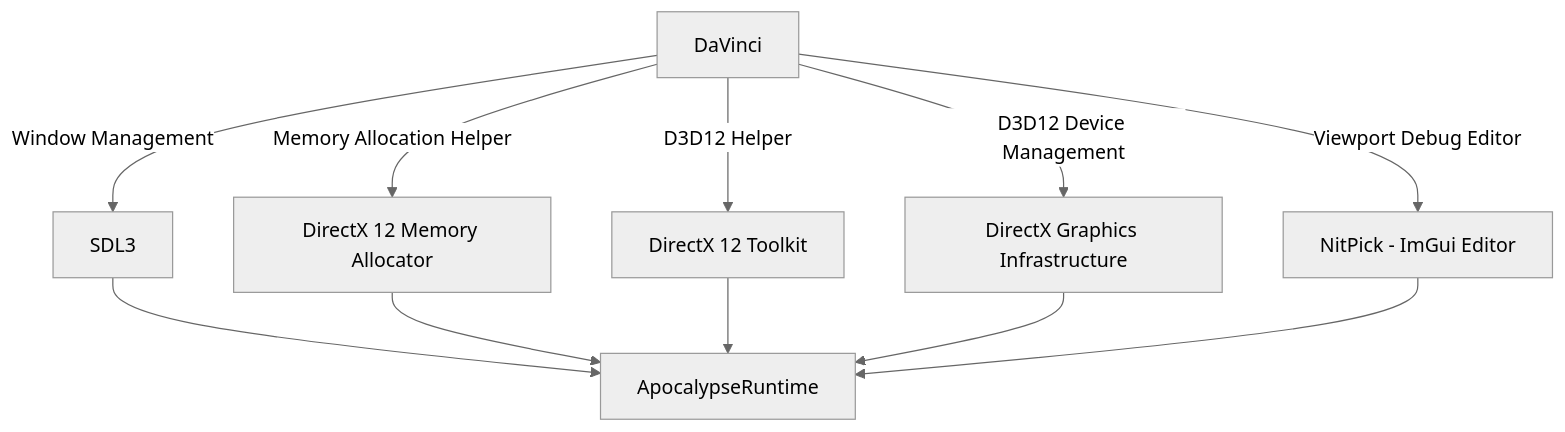
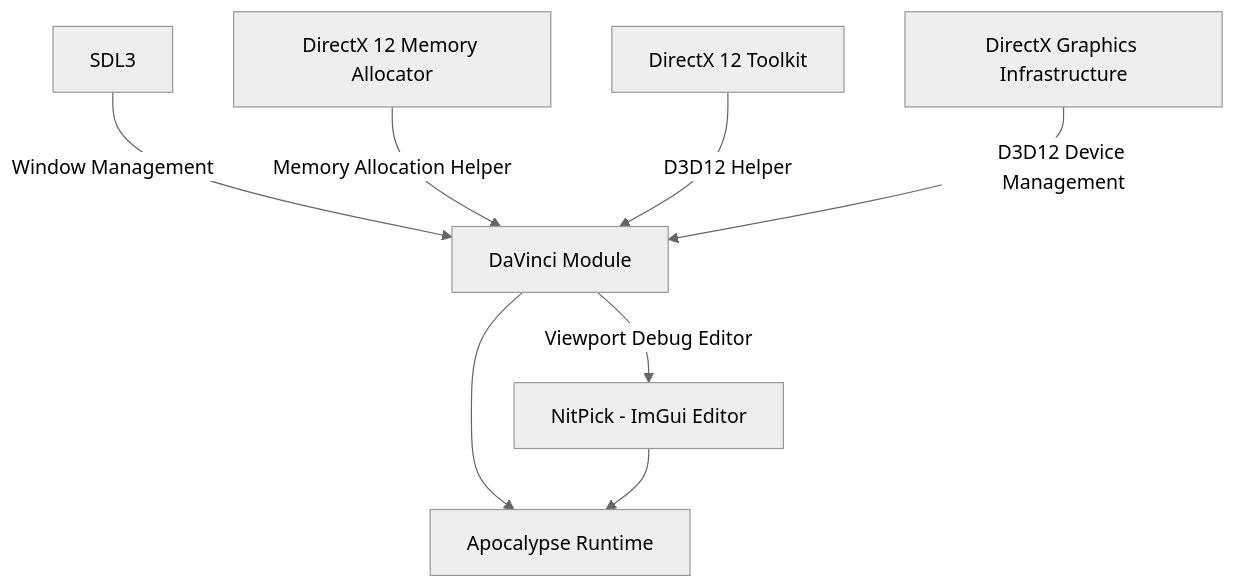
One commit to marc-rene/Segfault-Game-Engine changed the second of 2 diagrams in README.md. Above: the diagram before and after it, drawn with Mermaid (neutral theme).

Commit message:
Fixed graph

````diff
--- a/README.md
+++ b/README.md
@@ -57,14 +57,13 @@
 ```mermaid
 flowchart TD
-    Davinci[DaVinci]    -- Window Management    --> sdl[SDL3]
-    Davinci --  Memory Allocation Helper        --> DMA[DirectX 12 Memory Allocator]
-    Davinci --  D3D12 Helper                    --> DTK[DirectX 12 Toolkit]
-    Davinci --  D3D12 Device Management         --> dxgi[DirectX Graphics Infrastructure]
-    Davinci --  Viewport Debug Editor           --> nitpick[NitPick - ImGui Editor ]
+    sdl[SDL3]                           -- Window Management    -->    Davinci[DaVinci Module]    
+    DMA[DirectX 12 Memory Allocator]    --  Memory Allocation Helper    --> Davinci
+    DTK[DirectX 12 Toolkit]             --  D3D12 Helper    --> Davinci
+    dxgi[DirectX Graphics Infrastructure]   --  D3D12 Device Management --> Davinci
+    
+    Davinci --  Viewport Debug Editor --> nitpick[NitPick - ImGui Editor ]
         
-    sdl --> ApocalypseRuntime
-    DMA --> ApocalypseRuntime
-    DTK --> ApocalypseRuntime
-    dxgi --> ApocalypseRuntime
+    Davinci --> ApocalypseRuntime[Apocalypse Runtime]
     nitpick --> ApocalypseRuntime
+
 ```
````
